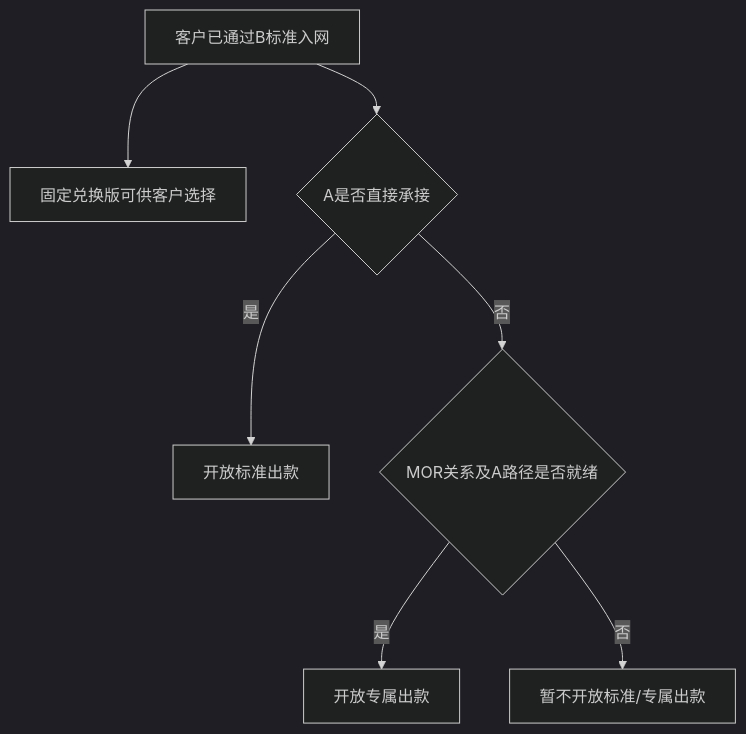
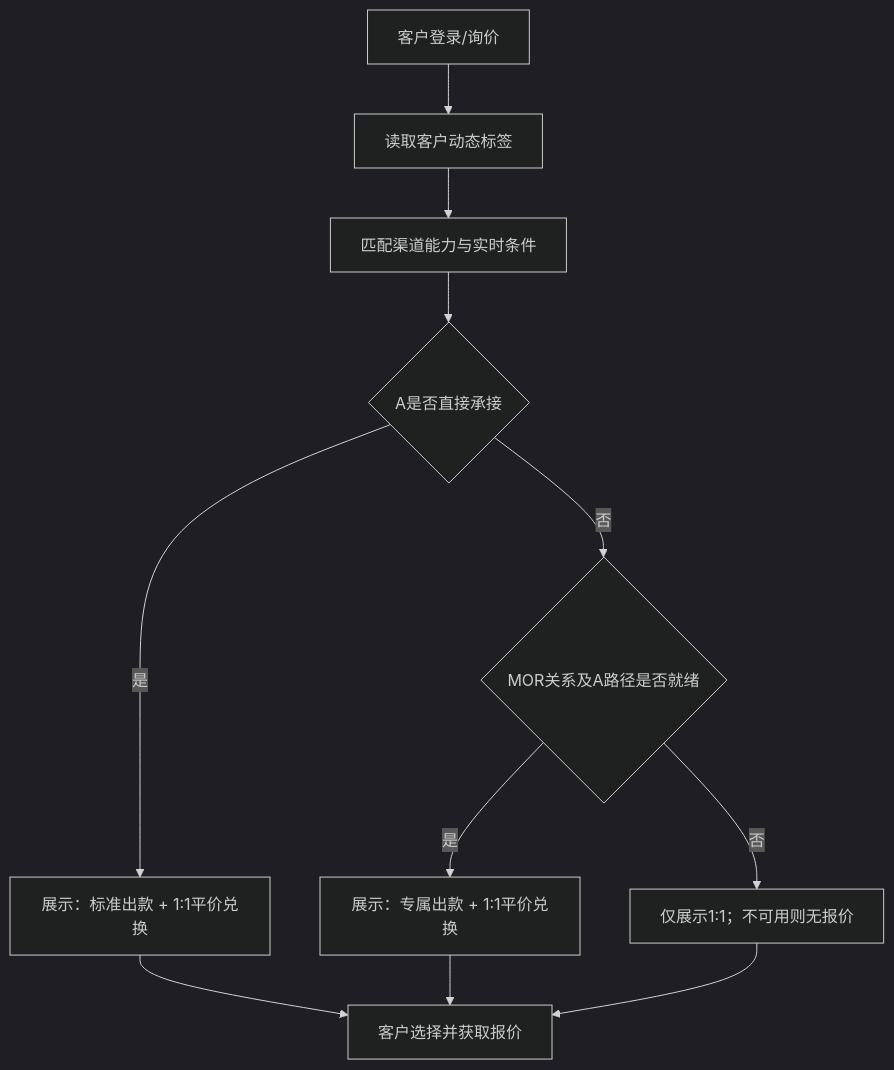
Before and after one commit to xiaoxiaoangie/EX-NEW: the first of 4 diagrams in MORSolutions/解决方案/Offramp产品PRD.md, drawn with Mermaid (dark theme). The commit also changed other lines of this file and 5 other files, not shown here.

````diff
--- a/MORSolutions/解决方案/Offramp产品PRD.md
+++ b/MORSolutions/解决方案/Offramp产品PRD.md
@@ -113,9 +148,13 @@
 ```mermaid
 flowchart TD
-    A["客户已通过B标准入网"] --> B["固定兑换版可供客户选择"]
-    A --> C{"A是否直接承接"}
-    C -->|是| D["开放标准出款"]
-    C -->|否| E{"MOR关系及A路径是否就绪"}
-    E -->|是| F["开放专属出款"]
-    E -->|否| G["暂不开放标准/专属出款"]
+    A["客户登录/询价"] --> B["读取客户动态标签"]
+    B --> C["匹配渠道能力与实时条件"]
+    C --> D{"A是否直接承接"}
+    D -->|是| E["展示：标准出款 + 1:1平价兑换"]
+    D -->|否| F{"MOR关系及A路径是否就绪"}
+    F -->|是| G["展示：专属出款 + 1:1平价兑换"]
+    F -->|否| H["仅展示1:1；不可用则无报价"]
+    E --> I["客户选择并获取报价"]
+    G --> I
+    H --> I
 ```
````
